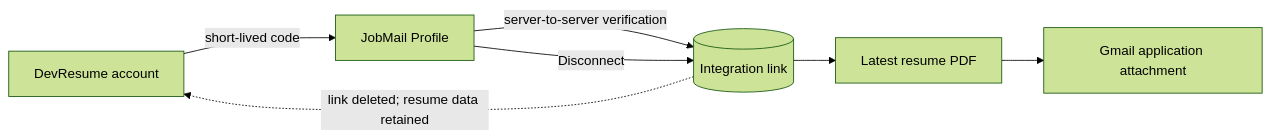
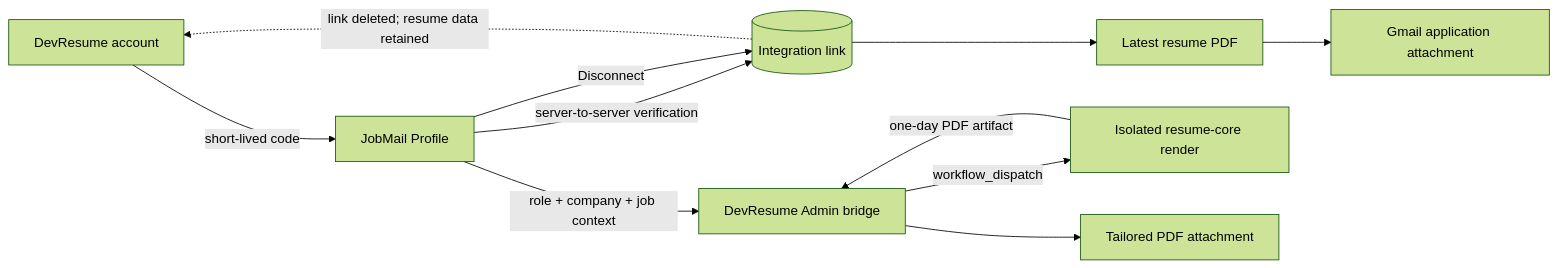
The second of 2 diagrams in README.md (ChamathDilshanC/DevResume-Automation-Pipeline), drawn with Mermaid (forest theme) before and after one commit. The commit also changed other lines of this file and 4 other files, not shown here.

First line of the commit message:
docs: document JobMail integration architecture

````diff
--- a/README.md
+++ b/README.md
@@ -146,9 +148,13 @@
 ```mermaid
 flowchart LR
     A[DevResume account] -->|short-lived code| B[JobMail Profile]
     B -->|server-to-server verification| C[(Integration link)]
     C --> D[Latest resume PDF]
     D --> E[Gmail application attachment]
+    B -->|role + company + job context| F[DevResume Admin bridge]
+    F -->|workflow_dispatch| G[Isolated resume-core render]
+    G -->|one-day PDF artifact| F
+    F --> H[Tailored PDF attachment]
     B -->|Disconnect| C
     C -.->|link deleted; resume data retained| A
 ```
````
